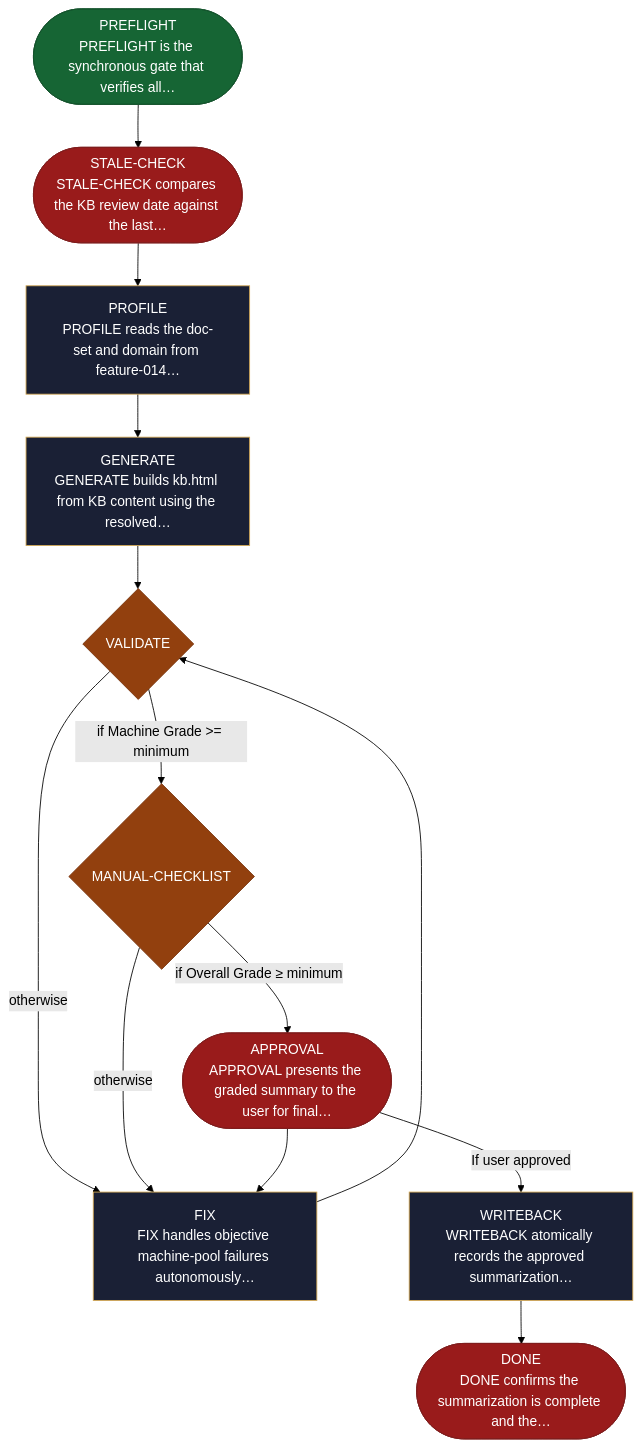
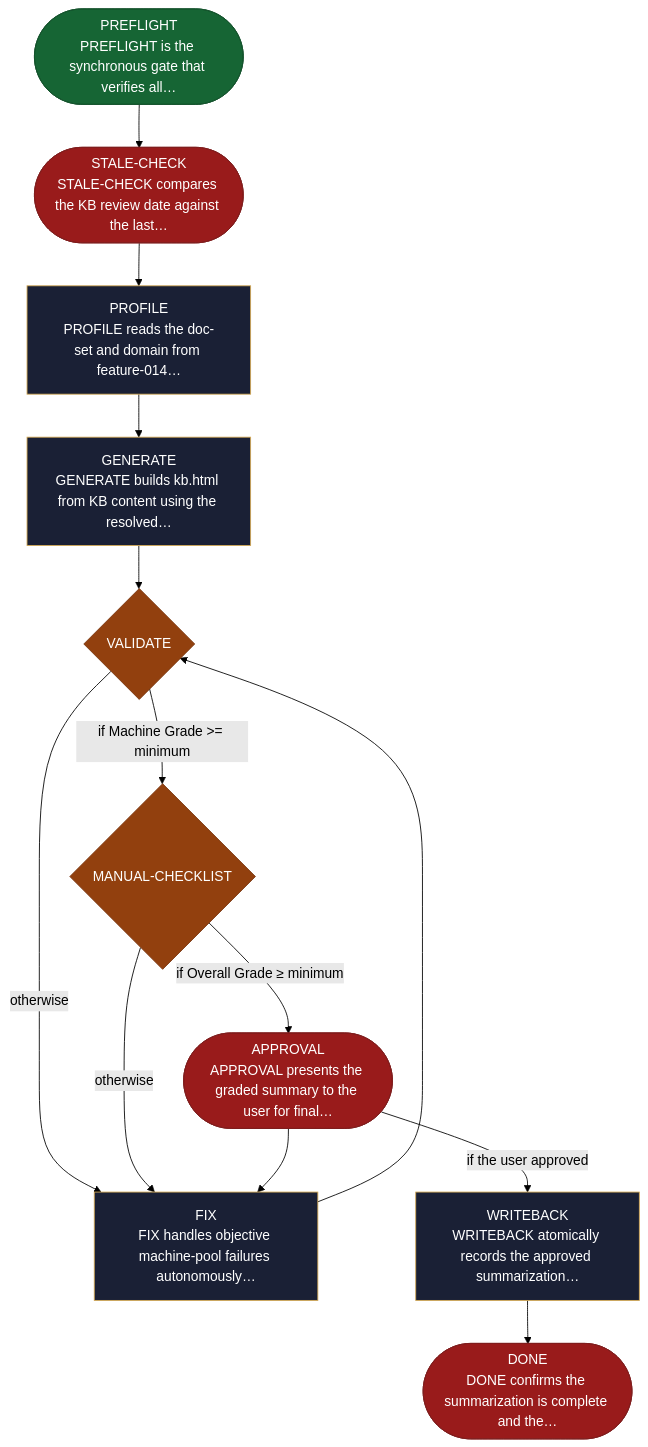
The diagram in site/src/content/docs/skills/aid-summarize.md (AndreVianna/aid-methodology), drawn with Mermaid (forest theme) before and after one commit. The commit also changed other lines of this file and 21 other files, not shown here.

````diff
--- a/site/src/content/docs/skills/aid-summarize.md
+++ b/site/src/content/docs/skills/aid-summarize.md
@@ -20,51 +20,51 @@
 ```mermaid
 flowchart TB
   classDef aidNode color:#fff
   classDef aidEntry fill:#166534,stroke:#14532d,color:#fff
   classDef aidExit fill:#991b1b,stroke:#7f1d1d,color:#fff
   classDef aidDecision fill:#92400e,stroke:#78350f,color:#fff
   classDef aidLoopBack fill:#1e3a8a,stroke:#1e3a8a,color:#fff
   classDef aidStep fill:#1a2035,stroke:#d4a853,color:#f1f5f9
   n1(["PREFLIGHT<br/>PREFLIGHT is the synchronous gate that verifies all…"])
   n2(["STALE-CHECK<br/>STALE-CHECK compares the KB review date against the last…"])
   n3["PROFILE<br/>PROFILE reads the doc-set and domain from feature-014…"]
   n4["GENERATE<br/>GENERATE builds kb.html from KB content using the resolved…"]
   n5{"VALIDATE"}
   n6{"MANUAL-CHECKLIST"}
   n7["FIX<br/>FIX handles objective machine-pool failures autonomously…"]
   n8(["APPROVAL<br/>APPROVAL presents the graded summary to the user for final…"])
   n9["WRITEBACK<br/>WRITEBACK atomically records the approved summarization…"]
   n10(["DONE<br/>DONE confirms the summarization is complete and the…"])
   n1 --> n2
   n2 --> n3
   n3 --> n4
   n4 --> n5
   n5 -->|"if Machine Grade &gt;= minimum"| n6
   n5 -->|"otherwise"| n7
   n6 -->|"otherwise"| n7
   n6 -->|"if Overall Grade ≥ minimum"| n8
   n7 --> n5
   n8 --> n7
-  n8 -->|"If user approved"| n9
+  n8 -->|"if the user approved"| n9
   n9 --> n10
   class n1 aidEntry
   class n2 aidExit
   class n3 aidStep
   class n4 aidStep
   class n5 aidDecision
   class n6 aidDecision
   class n7 aidStep
   class n8 aidExit
   class n9 aidStep
   class n10 aidExit
   class n1 aidNode
   class n2 aidNode
   class n3 aidNode
   class n4 aidNode
   class n5 aidNode
   class n6 aidNode
   class n7 aidNode
   class n8 aidNode
   class n9 aidNode
   class n10 aidNode
 ```
````
